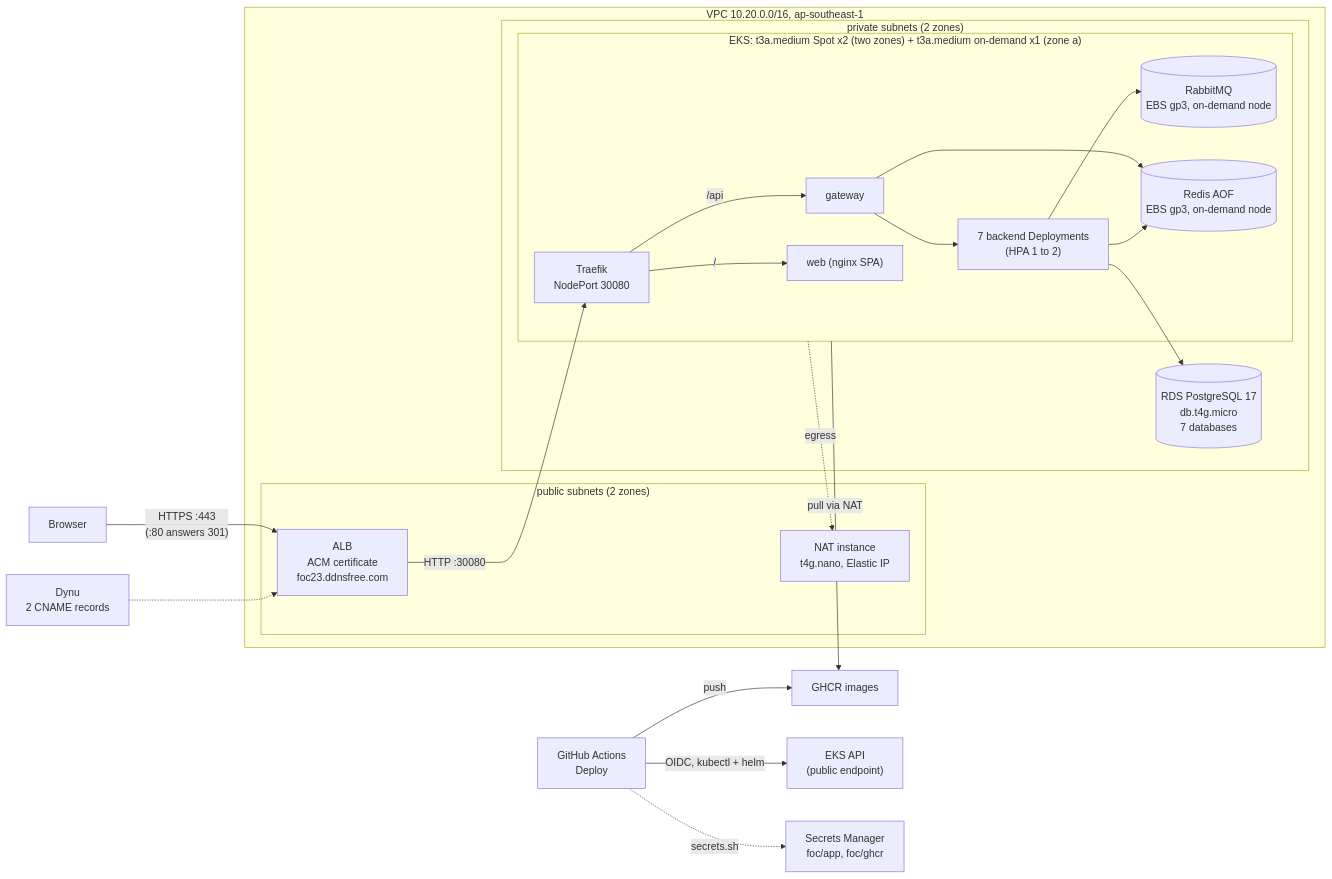
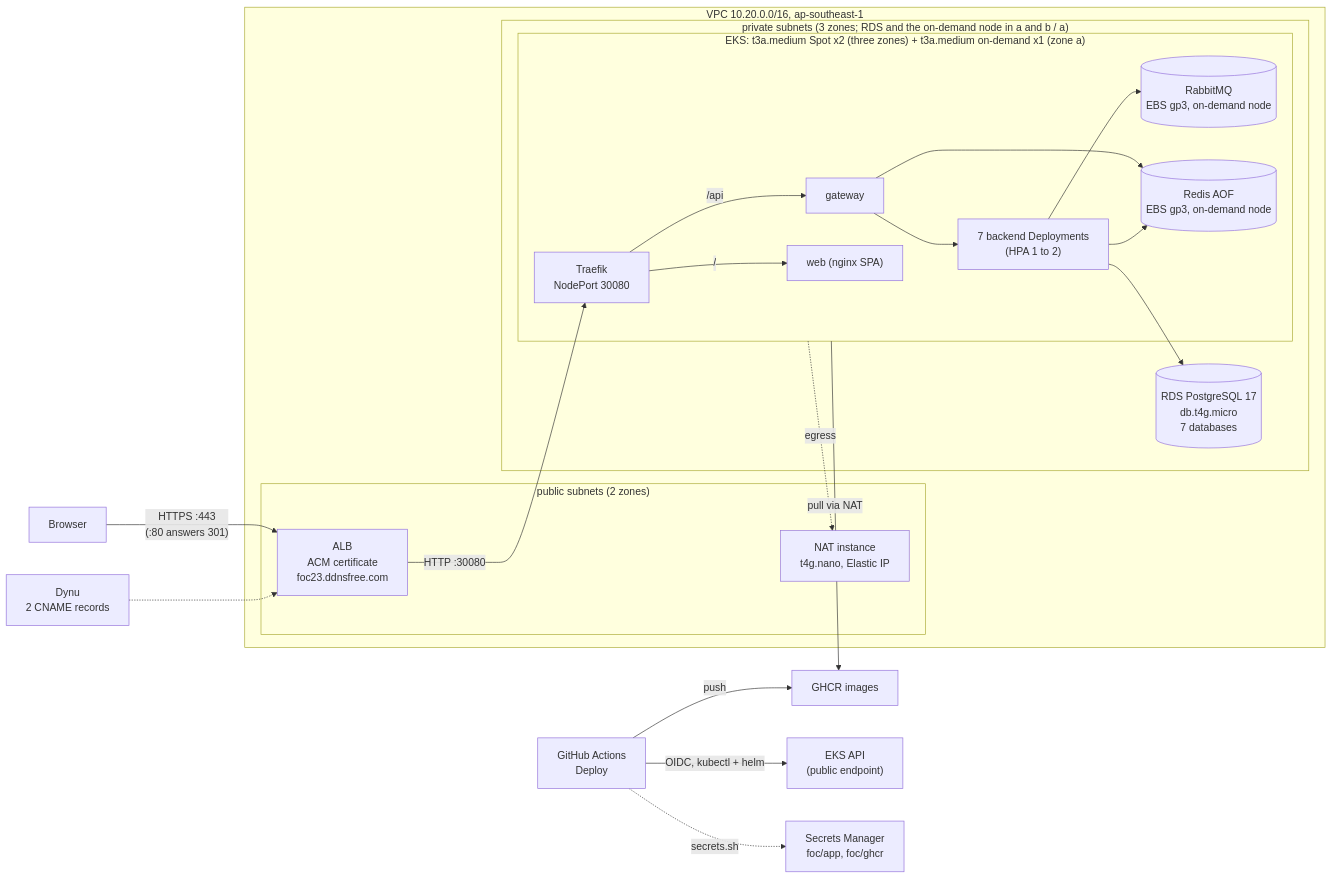
The diagram in docs/deployment.md (AY2627S1-CS3219-P23/foc), drawn with Mermaid before and after one commit. The commit also changed other lines of this file and 5 other files, not shown here.

First line of the commit message:
feat(infra): the Spot node group spans three zones (#48, DP3)

````diff
--- a/docs/deployment.md
+++ b/docs/deployment.md
@@ -51,28 +52,28 @@
 ```mermaid
 flowchart LR
   browser["Browser"] -->|"HTTPS :443<br/>(:80 answers 301)"| alb["ALB<br/>ACM certificate<br/>foc23.ddnsfree.com"]
   dns["Dynu<br/>2 CNAME records"] -.-> alb
   subgraph vpc["VPC 10.20.0.0/16, ap-southeast-1"]
     subgraph pub["public subnets (2 zones)"]
       alb
       nat["NAT instance<br/>t4g.nano, Elastic IP"]
     end
-    subgraph priv["private subnets (2 zones)"]
-      subgraph eks["EKS: t3a.medium Spot x2 (two zones) + t3a.medium on-demand x1 (zone a)"]
+    subgraph priv["private subnets (3 zones; RDS and the on-demand node in a and b / a)"]
+      subgraph eks["EKS: t3a.medium Spot x2 (three zones) + t3a.medium on-demand x1 (zone a)"]
         traefik["Traefik<br/>NodePort 30080"] -->|"/api"| gateway
         traefik -->|"/"| web["web (nginx SPA)"]
         gateway --> svc["7 backend Deployments<br/>(HPA 1 to 2)"]
         svc --> mq[("RabbitMQ<br/>EBS gp3, on-demand node")]
         gateway --> redis[("Redis AOF<br/>EBS gp3, on-demand node")]
         svc --> redis
       end
       svc --> rds[("RDS PostgreSQL 17<br/>db.t4g.micro<br/>7 databases")]
     end
     alb -->|"HTTP :30080"| traefik
     eks -.->|"egress"| nat
   end
   gha["GitHub Actions<br/>Deploy"] -->|"push"| ghcr["GHCR images"]
   gha -->|"OIDC, kubectl + helm"| api["EKS API<br/>(public endpoint)"]
   gha -.->|"secrets.sh"| sm["Secrets Manager<br/>foc/app, foc/ghcr"]
   eks -->|"pull via NAT"| ghcr
 ```
````
